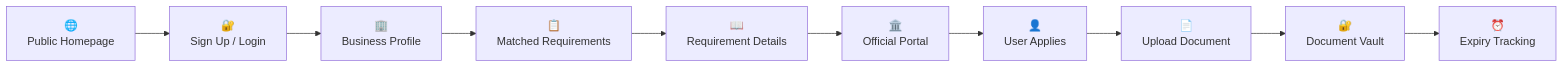
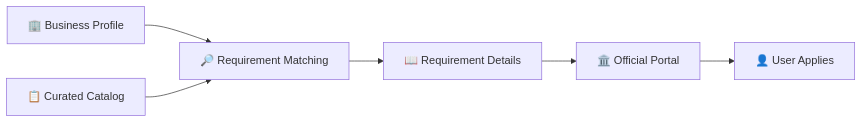
One commit to aryanbindal89/SmallBiz-AI changed the first of 3 diagrams in README.md. Above: the diagram before and after it, drawn with Mermaid. The commit also changed other lines of this file, not shown here.

````diff
--- a/README.md
+++ b/README.md
@@ -241,24 +152,16 @@
 ```mermaid
 flowchart LR
 
-    A["🌐<br/>Public Homepage"]
-    B["🔐<br/>Sign Up / Login"]
-    C["🏢<br/>Business Profile"]
-    D["📋<br/>Matched Requirements"]
-    E["📖<br/>Requirement Details"]
-    F["🏛️<br/>Official Portal"]
-    G["👤<br/>User Applies"]
-    H["📄<br/>Upload Document"]
-    I["🔐<br/>Document Vault"]
-    J["⏰<br/>Expiry Tracking"]
+    A["🏢 Business Profile"]
+    B["📋 Curated Catalog"]
+    C["🔎 Requirement Matching"]
+    D["📖 Requirement Details"]
+    E["🏛️ Official Portal"]
+    F["👤 User Applies"]
 
-    A --> B
+    A --> C
     B --> C
     C --> D
     D --> E
     E --> F
-    F --> G
-    G --> H
-    H --> I
-    I --> J
 ```
````
